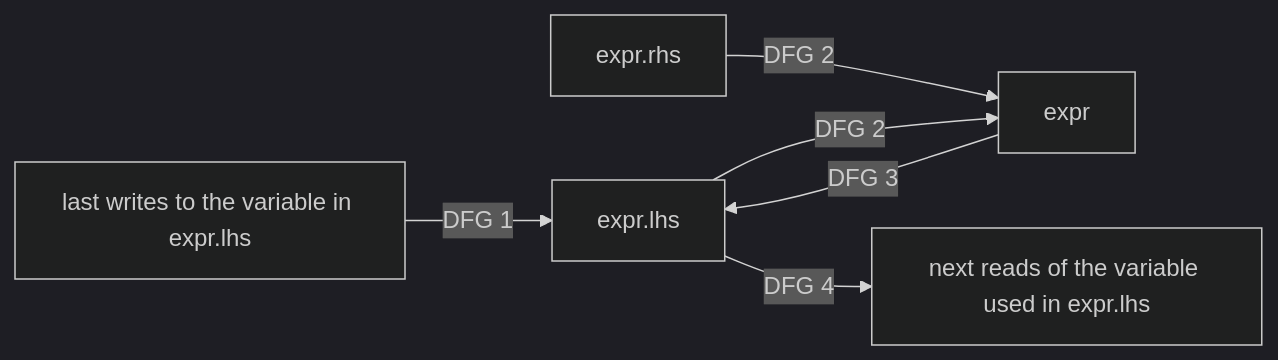
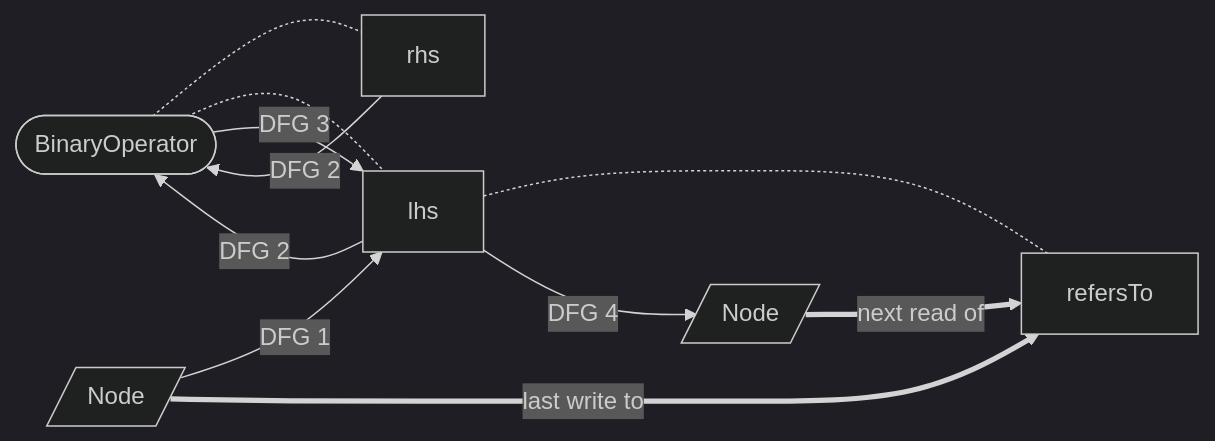
Diagram 18 of 28 in cpg-core/specifications/dfg.md (Fraunhofer-AISEC/cpg), drawn with Mermaid (dark theme) before and after one commit. The commit also changed other lines of this file, not shown here.

````diff
--- a/cpg-core/specifications/dfg.md
+++ b/cpg-core/specifications/dfg.md
@@ -216,8 +234,13 @@
   ```mermaid
   flowchart LR
-    A[last writes to the variable in expr.lhs] -- DFG 1 --> B[expr.lhs];
-    D[expr.rhs] -- DFG 2 --> C;
-    B -- DFG 2 --> C[expr];
-    C -- DFG 3 --> B;
-    B -- DFG 4 --> E[next reads of the variable used in expr.lhs];
+    node -.- rhs;
+    node -.- lhs;
+    lhs -.- refersTo;
+    W -- DFG 1 --> lhs;
+    W[/Node/] == last write to ==> refersTo;
+    rhs -- DFG 2 --> node;
+    lhs -- DFG 4 --> R;
+    lhs -- DFG 2 --> node([BinaryOperator]);
+    node -- DFG 3 --> lhs;
+    R[/Node/] == next read of ==> refersTo;
   ```
````
